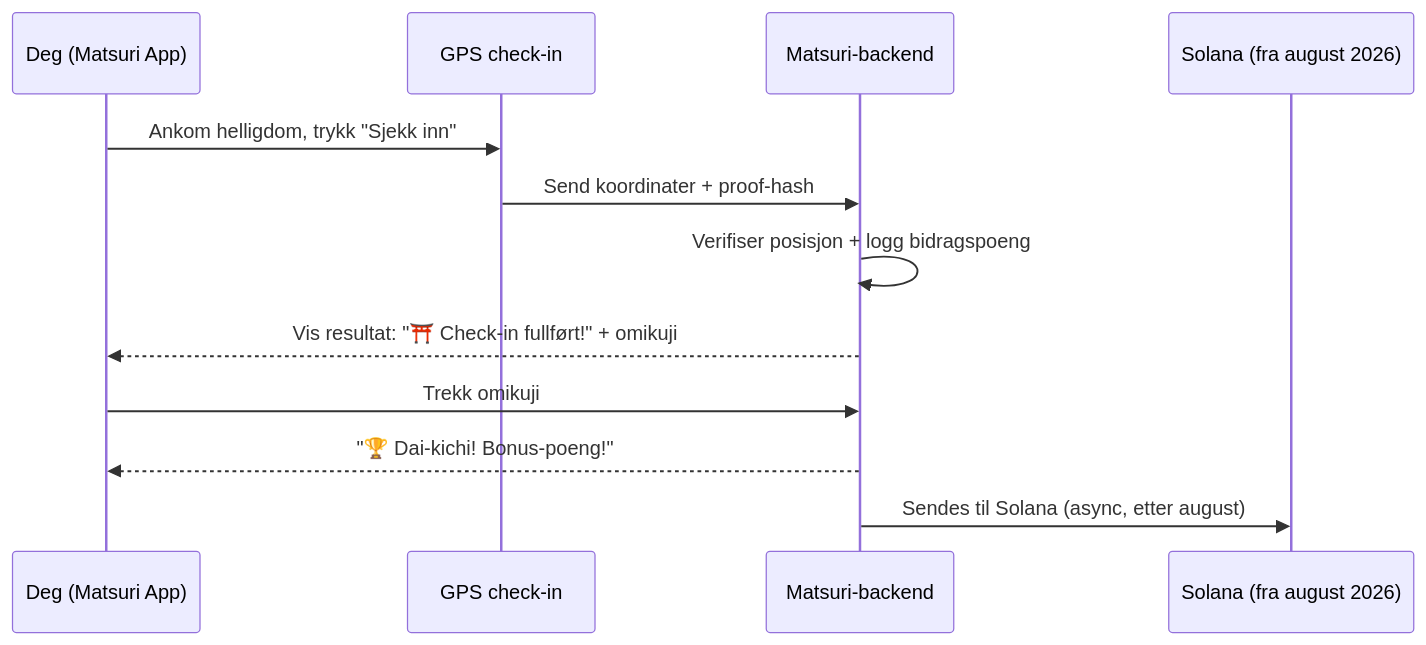
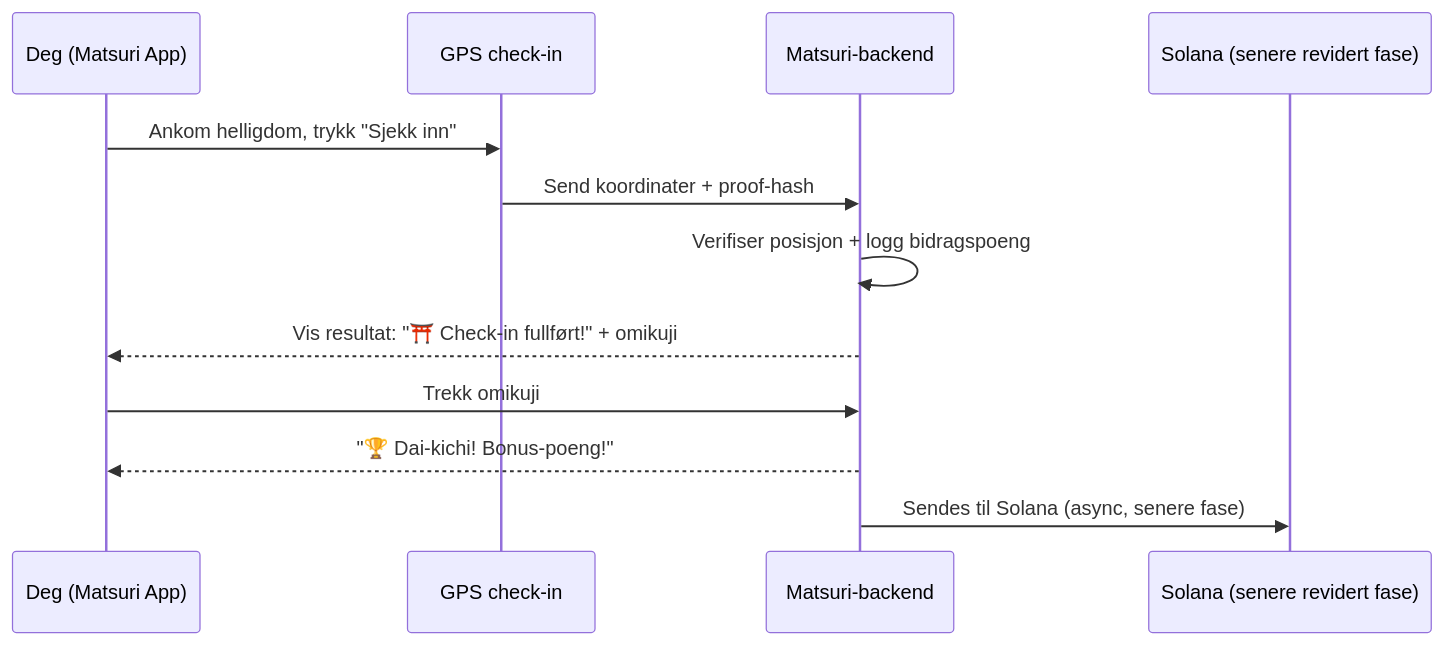
One commit to Cootakahashi/matsuri-dao-whitepaper changed the third of 4 diagrams in i18n/nb/docusaurus-plugin-content-docs/current/04-mining.md. Above: the diagram before and after it, drawn with Mermaid. The commit also changed other lines of this file and 79 other files, not shown here.

First line of the commit message:
docs: re-sequence on-chain roadmap to match the staged Hashlock audit (20 locales)

````diff
--- a/i18n/nb/docusaurus-plugin-content-docs/current/04-mining.md
+++ b/i18n/nb/docusaurus-plugin-content-docs/current/04-mining.md
@@ -109,15 +109,15 @@
 ```mermaid
 sequenceDiagram
     participant U as Deg (Matsuri App)
     participant GPS as GPS check-in
     participant API as Matsuri-backend
-    participant SC as Solana (fra august 2026)
+    participant SC as Solana (senere revidert fase)
 
     U->>GPS: Ankom helligdom, trykk "Sjekk inn"
     GPS->>API: Send koordinater + proof-hash
     API->>API: Verifiser posisjon + logg bidragspoeng
     API-->>U: Vis resultat: "⛩️ Check-in fullført!" + omikuji
     U->>API: Trekk omikuji
     API-->>U: "🏆 Dai-kichi! Bonus-poeng!"
-    API->>SC: Sendes til Solana (async, etter august)
+    API->>SC: Sendes til Solana (async, senere fase)
 ```
````
